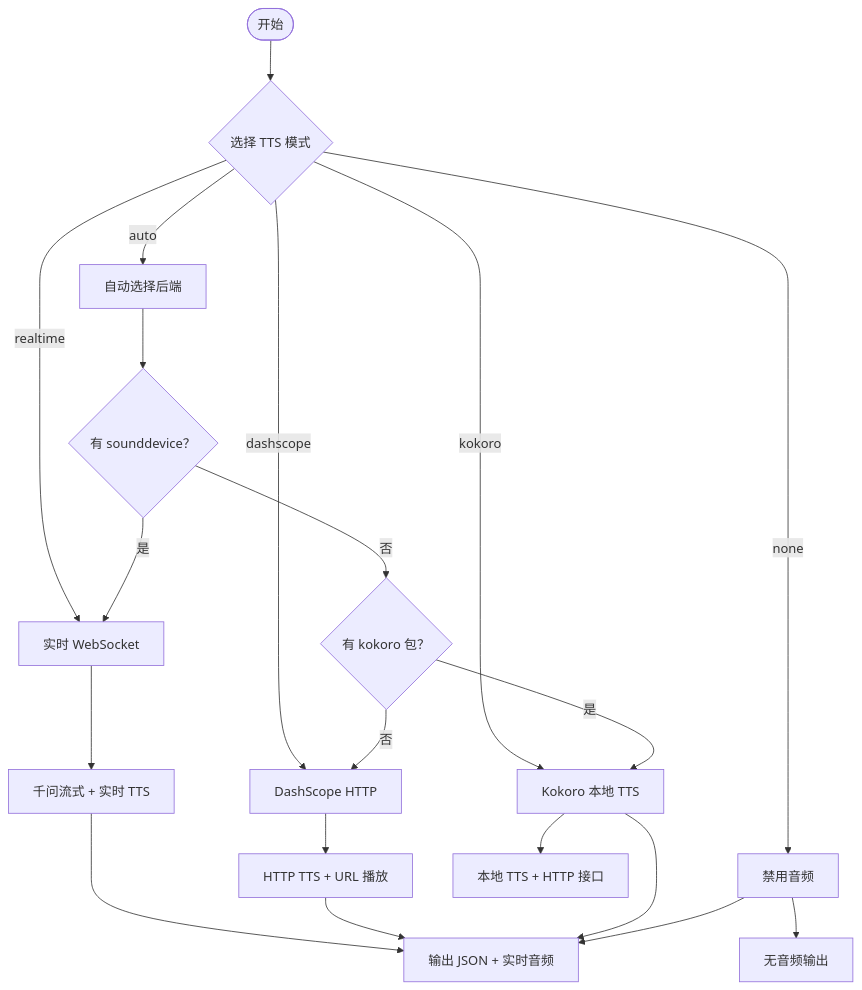
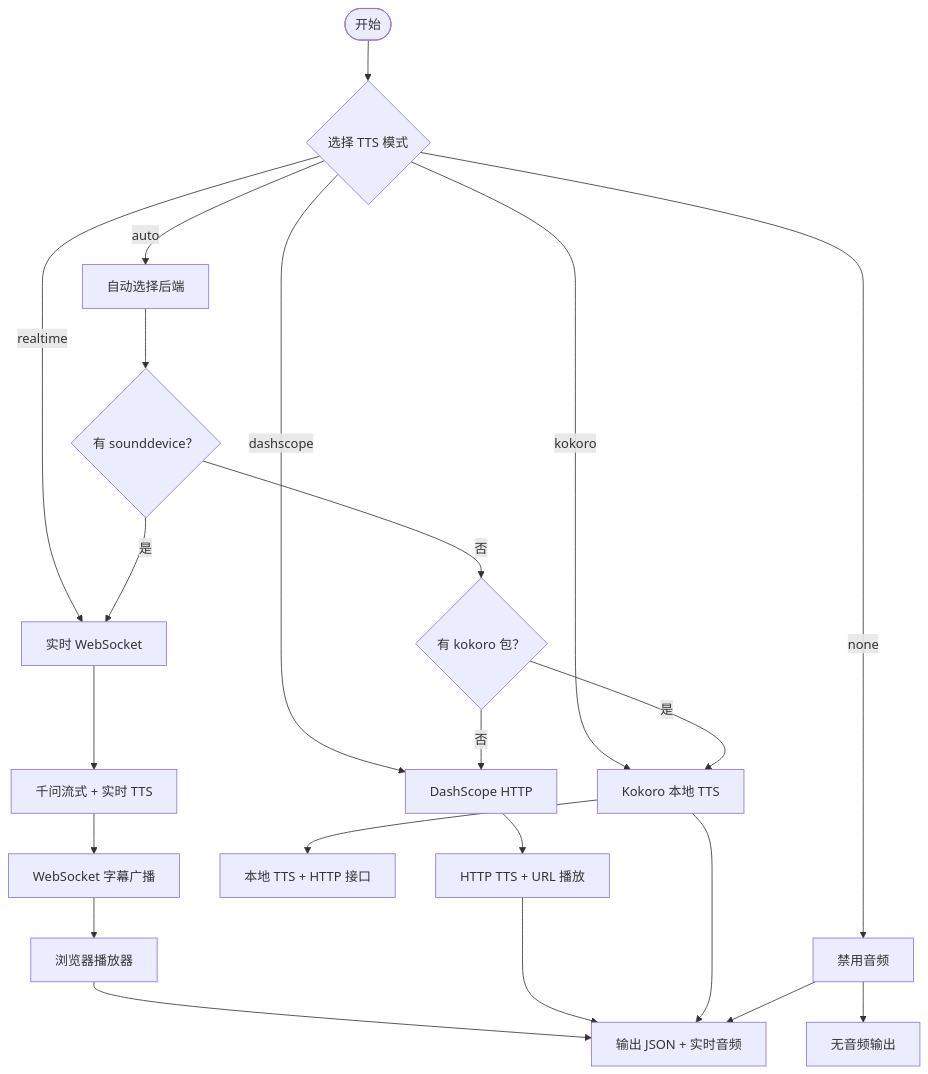
Before and after one commit to 1024dashen/Vue3Speech: the tenth of 14 diagrams in .qoder/repowiki/zh/content/开发者指南/开发者指南.md, drawn with Mermaid. The commit also changed other lines of this file and 17 other files, not shown here.

````diff
--- a/.qoder/repowiki/zh/content/开发者指南/开发者指南.md
+++ b/.qoder/repowiki/zh/content/开发者指南/开发者指南.md
@@ -462,22 +523,24 @@
 ```mermaid
 flowchart TD
 Start(["开始"]) --> CheckMode{"选择 TTS 模式"}
 CheckMode --> |auto| AutoSelect["自动选择后端"]
 CheckMode --> |realtime| Realtime["实时 WebSocket"]
 CheckMode --> |dashscope| Dashscope["DashScope HTTP"]
 CheckMode --> |kokoro| Kokoro["Kokoro 本地 TTS"]
 CheckMode --> |none| None["禁用音频"]
 AutoSelect --> SoundDev{"有 sounddevice？"}
 SoundDev --> |是| Realtime
 SoundDev --> |否| CheckKokoro{"有 kokoro 包？"}
 CheckKokoro --> |是| Kokoro
 CheckKokoro --> |否| Dashscope
 Realtime --> StreamLLM["千问流式 + 实时 TTS"]
 Dashscope --> HTTPTTS["HTTP TTS + URL 播放"]
 Kokoro --> LocalTTS["本地 TTS + HTTP 接口"]
 None --> NoAudio["无音频输出"]
-StreamLLM --> Output["输出 JSON + 实时音频"]
+StreamLLM --> WSBroadcast["WebSocket 字幕广播"]
+WSBroadcast --> BrowserPlayer["浏览器播放器"]
+BrowserPlayer --> Output["输出 JSON + 实时音频"]
 HTTPTTS --> Output
 Kokoro --> Output
 None --> Output
 ```
````
